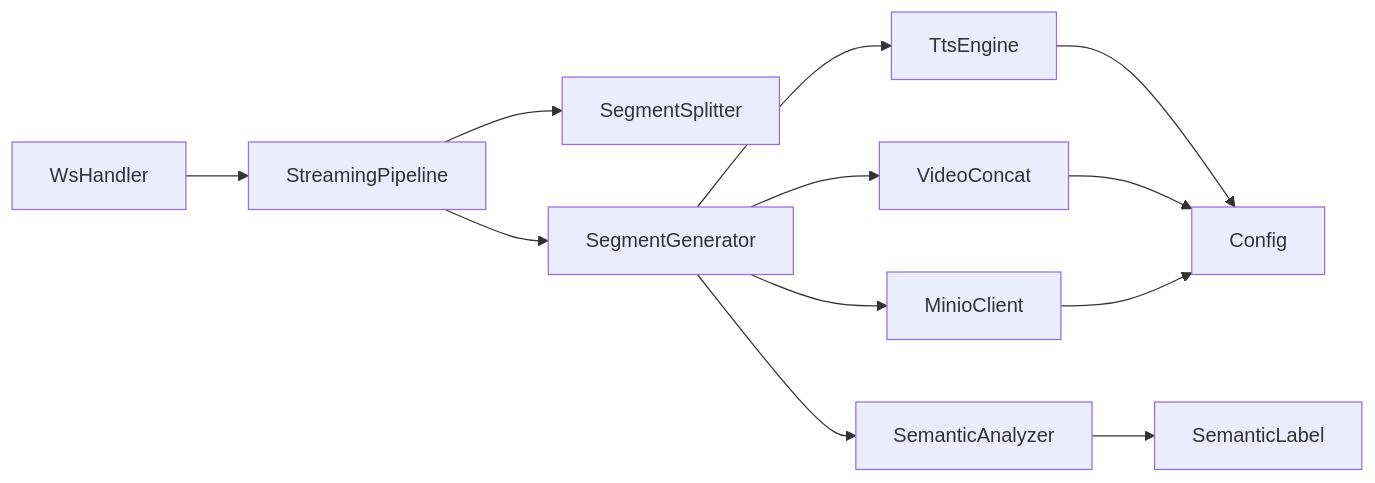
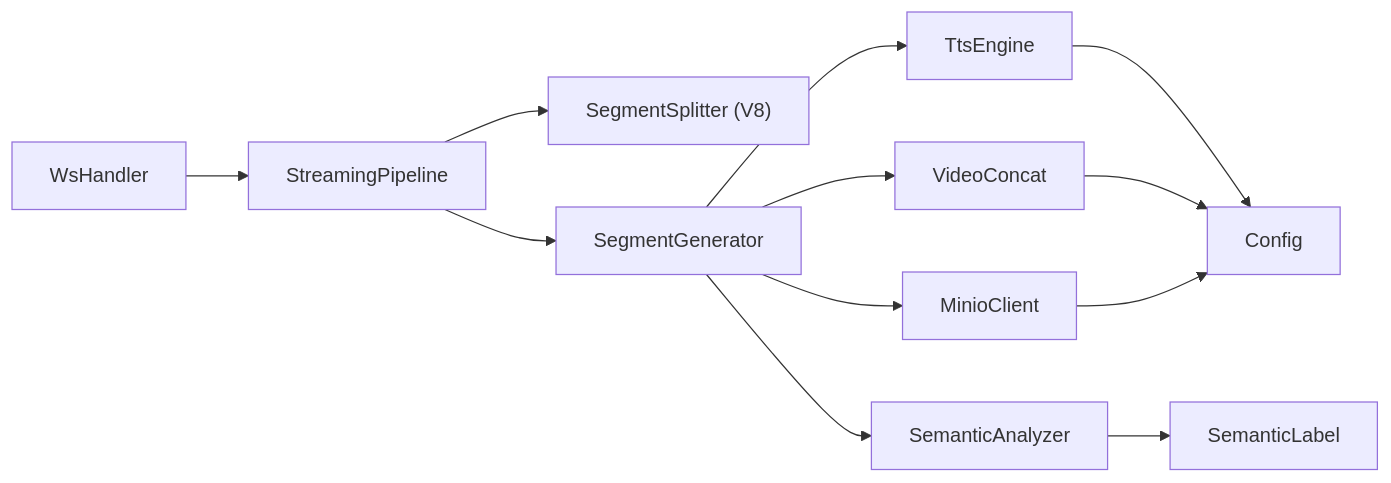
One commit to leo21cn/real-time-talk changed the tenth of 10 diagrams in .qoder/repowiki/zh/content/后端服务/流式处理管道/流式处理管道.md. Above: the diagram before and after it, drawn with Mermaid. The commit also changed other lines of this file and 9 other files, not shown here.

````diff
--- a/.qoder/repowiki/zh/content/后端服务/流式处理管道/流式处理管道.md
+++ b/.qoder/repowiki/zh/content/后端服务/流式处理管道/流式处理管道.md
@@ -380,14 +440,14 @@
 ```mermaid
 graph LR
 WS["WsHandler"] --> PIPE["StreamingPipeline"]
-PIPE --> SPLIT["SegmentSplitter"]
+PIPE --> SPLIT["SegmentSplitter (V8)"]
 PIPE --> GEN["SegmentGenerator"]
 GEN --> TTS["TtsEngine"]
 GEN --> SEM["SemanticAnalyzer"]
 GEN --> VCON["VideoConcat"]
 GEN --> MIN["MinioClient"]
 SEM --> LABELS["SemanticLabel"]
 TTS --> CFG["Config"]
 VCON --> CFG
 MIN --> CFG
 ```
````
